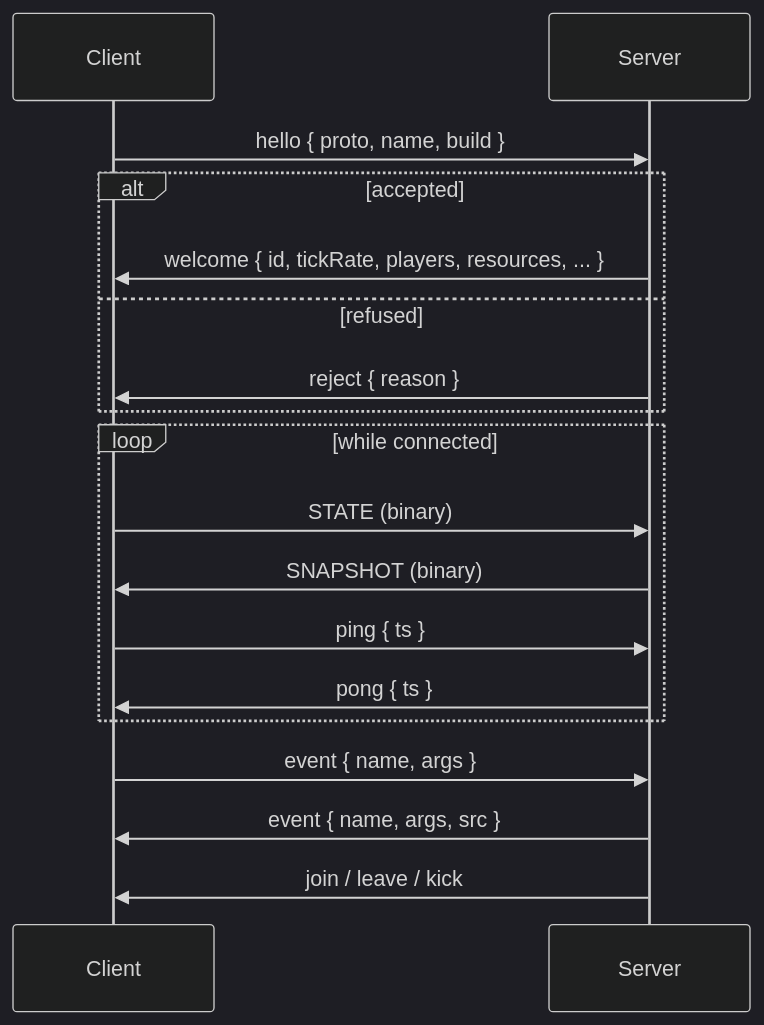
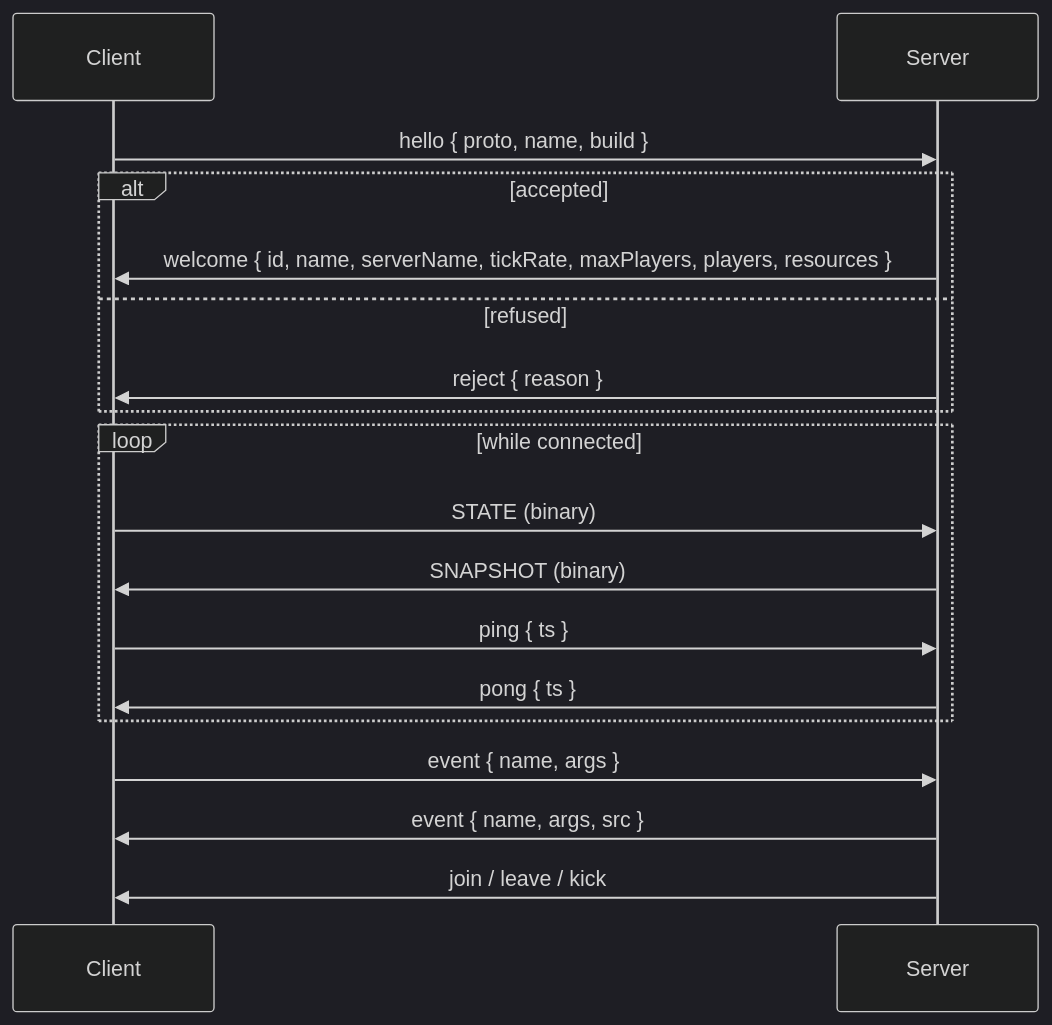
One commit to CodingRule/SixM changed the diagram in docs/protocol.md. Above: the diagram before and after it, drawn with Mermaid (dark theme). The commit also changed other lines of this file and 63 other files, not shown here.

````diff
--- a/docs/protocol.md
+++ b/docs/protocol.md
@@ -168,20 +244,20 @@
 ```mermaid
 sequenceDiagram
   participant C as Client
   participant S as Server
   C->>S: hello { proto, name, build }
   alt accepted
-    S->>C: welcome { id, tickRate, players, resources, ... }
+    S->>C: welcome { id, name, serverName, tickRate, maxPlayers, players, resources }
   else refused
     S->>C: reject { reason }
   end
   loop while connected
     C->>S: STATE (binary)
     S->>C: SNAPSHOT (binary)
     C->>S: ping { ts }
     S->>C: pong { ts }
   end
   C->>S: event { name, args }
   S->>C: event { name, args, src }
   S->>C: join / leave / kick
 ```
````
